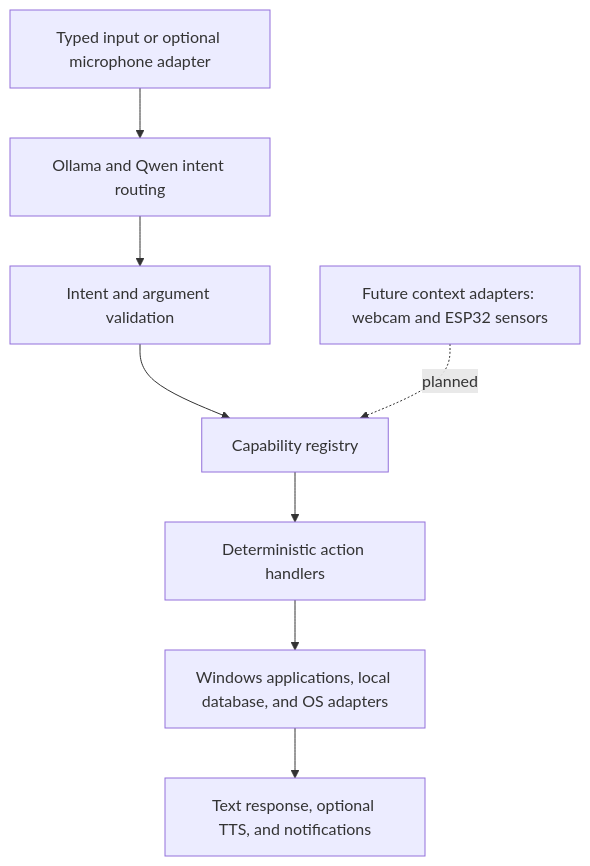
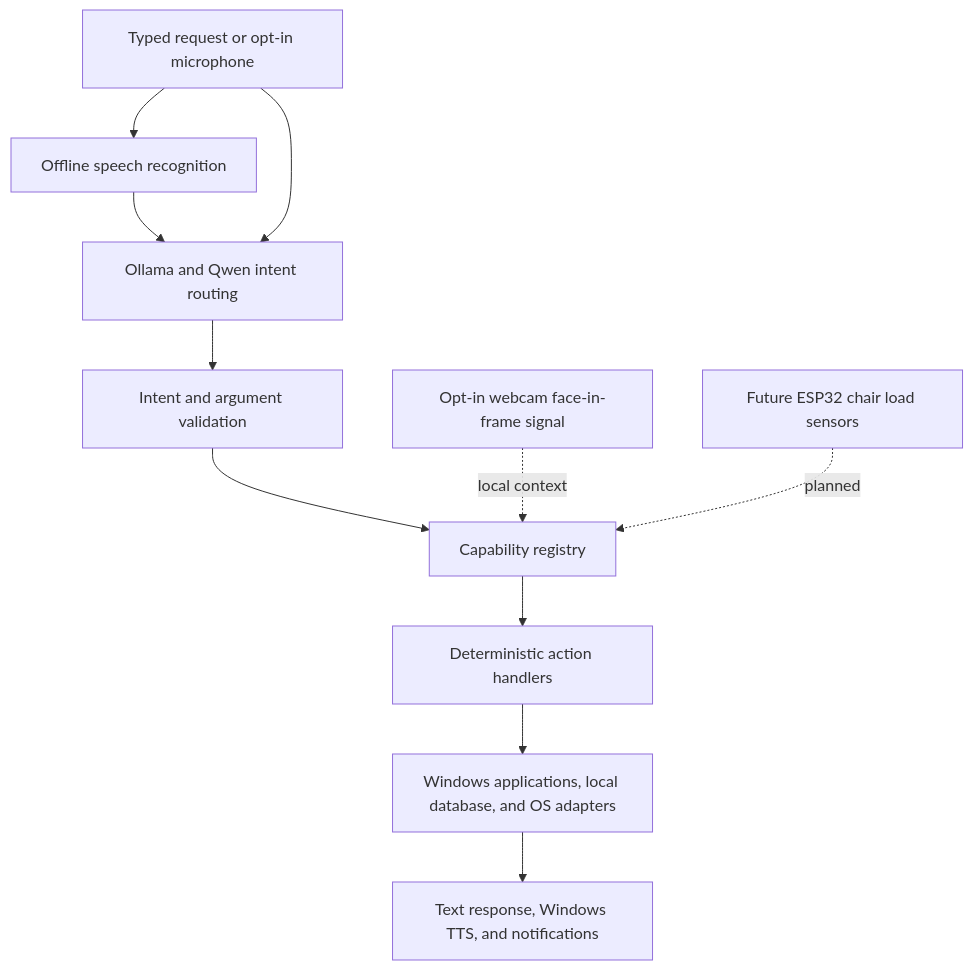
One commit to shreyash-chauhan/A.U.R.A. changed the diagram in README.md. Above: the diagram before and after it, drawn with Mermaid. The commit also changed other lines of this file and 9 other files, not shown here.

Commit message:
Integrate opt-in offline voice and webcam context

````diff
--- a/README.md
+++ b/README.md
@@ -27,10 +30,13 @@
 ```mermaid
 flowchart TD
-  I[Typed input or optional microphone adapter] --> N[Ollama and Qwen intent routing]
+  I[Typed request or opt-in microphone] --> STT[Offline speech recognition]
+  STT --> N[Ollama and Qwen intent routing]
+  I --> N
   N --> V[Intent and argument validation]
   V --> R[Capability registry]
   R --> A[Deterministic action handlers]
   A --> O[Windows applications, local database, and OS adapters]
-  O --> S[Text response, optional TTS, and notifications]
-  C[Future context adapters: webcam and ESP32 sensors] -. planned .-> R
+  O --> S[Text response, Windows TTS, and notifications]
+  C[Opt-in webcam face-in-frame signal] -. local context .-> R
+  E[Future ESP32 chair load sensors] -. planned .-> R
 ```
````
